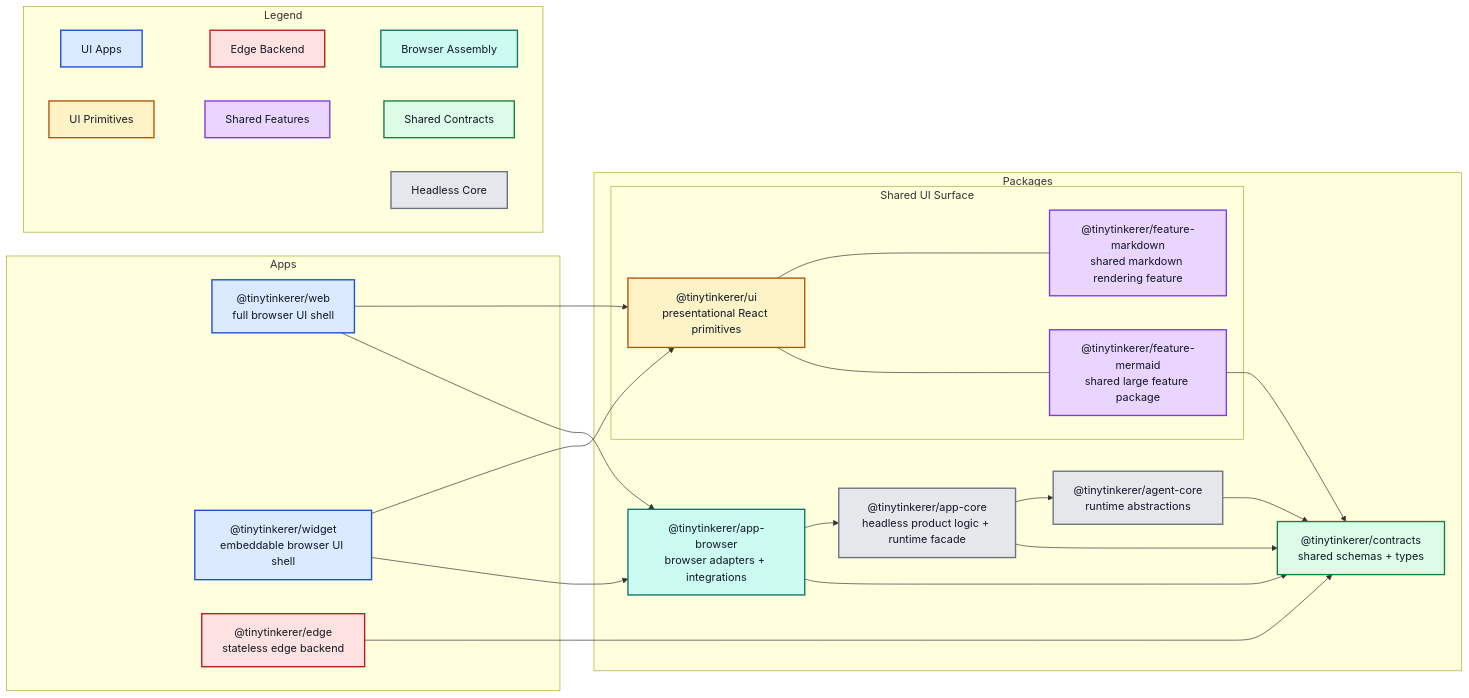
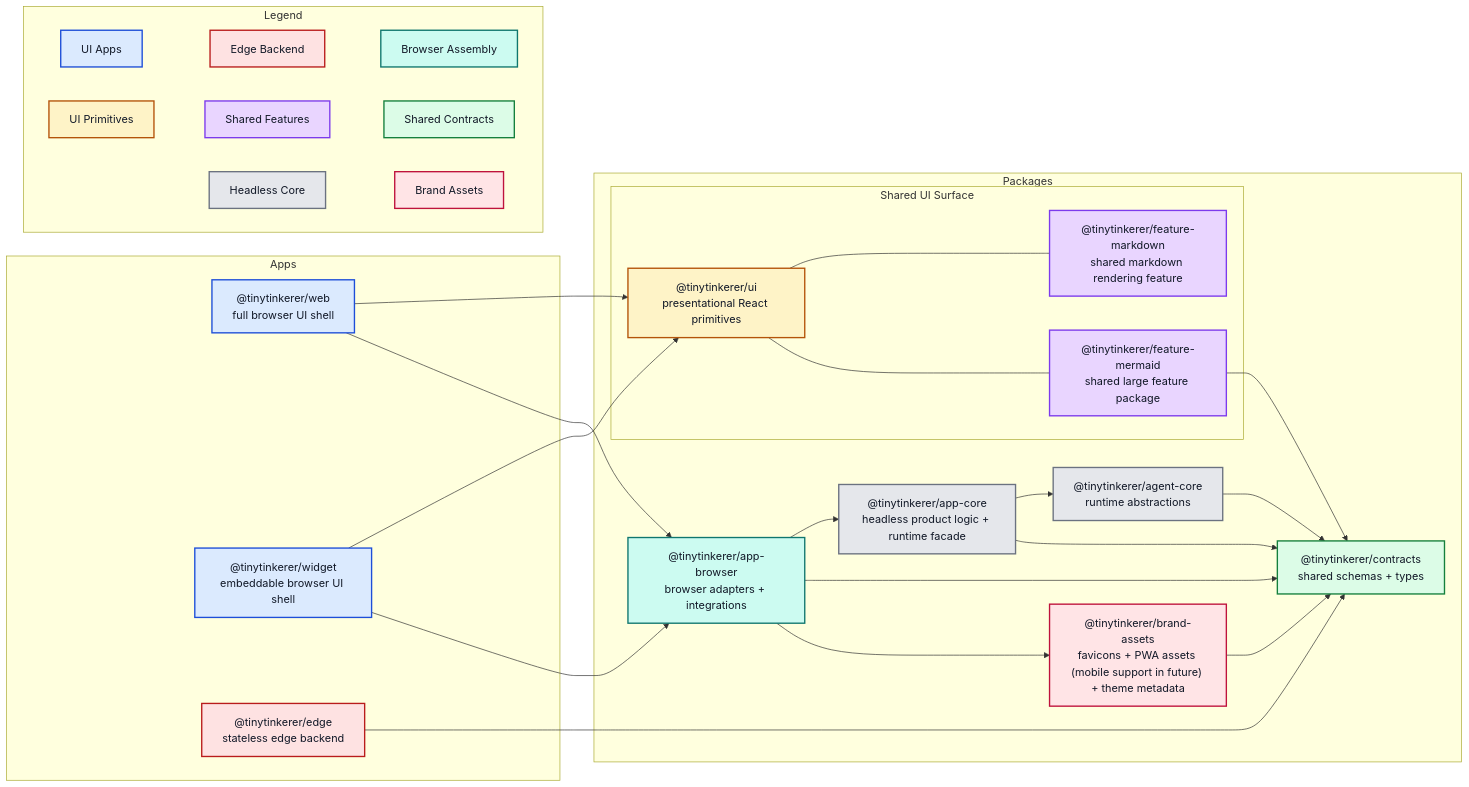
Before and after one commit to NNTin/tinytinkerer: the diagram in docs/ARCHITECTURE.md, drawn with Mermaid. The commit also changed other lines of this file and 16 other files, not shown here.

Commit message:
feat: added placeholder brand assets

````diff
--- a/docs/ARCHITECTURE.md
+++ b/docs/ARCHITECTURE.md
@@ -16,74 +16,82 @@
 ```mermaid
 flowchart LR
   subgraph Apps
     web["@tinytinkerer/web<br/>full browser UI shell"]
     widget["@tinytinkerer/widget<br/>embeddable browser UI shell"]
     edge["@tinytinkerer/edge<br/>stateless edge backend"]
   end
 
   subgraph Packages
     contracts["@tinytinkerer/contracts<br/>shared schemas + types"]
     agent["@tinytinkerer/agent-core<br/>runtime abstractions"]
     appcore["@tinytinkerer/app-core<br/>headless product logic + runtime facade"]
     appbrowser["@tinytinkerer/app-browser<br/>browser adapters + integrations"]
+
+    brand["@tinytinkerer/brand-assets<br/>favicons + PWA assets (mobile support in future) + theme metadata"]
 
     subgraph SharedUiSurface["Shared UI Surface"]
       ui["@tinytinkerer/ui<br/>presentational React primitives"]
       markdown["@tinytinkerer/feature-markdown<br/>shared markdown rendering feature"]
       mermaid["@tinytinkerer/feature-mermaid<br/>shared large feature package"]
     end
   end
 
   web --> ui
   web --> appbrowser
 
   widget --> ui
   widget --> appbrowser
 
   edge --> contracts
 
   appcore --> agent
   appcore --> contracts
 
   appbrowser --> appcore
   appbrowser --> contracts
+  appbrowser --> brand
 
   ui <--- markdown
   ui <--- mermaid
 
   mermaid --> contracts
 
   agent --> contracts
+  
+  brand --> contracts
 
   subgraph Legend
     direction LR
     legendUiApp["UI Apps"]
     legendEdge["Edge Backend"]
     legendBrowser["Browser Assembly"]
     legendUi["UI Primitives"]
     legendFeature["Shared Features"]
     legendContracts["Shared Contracts"]
     legendCore["Headless Core"]
+    legendBrand["Brand Assets"]
 
     %% ensure legend is rendered properly
     legendUiApp ~~~ legendEdge ~~~ legendBrowser 
     legendUi ~~~ legendFeature ~~~ legendContracts 
-    legendCore
+    legendCore ~~~ legendBrand
   end
 
   classDef uiApp fill:#dbeafe,stroke:#1d4ed8,color:#111827,stroke-width:2px;
   classDef edgeApp fill:#fee2e2,stroke:#b91c1c,color:#111827,stroke-width:2px;
   classDef browserAssembly fill:#ccfbf1,stroke:#0f766e,color:#111827,stroke-width:2px;
   classDef uiPrimitives fill:#fef3c7,stroke:#b45309,color:#111827,stroke-width:2px;
   classDef sharedFeature fill:#e9d5ff,stroke:#7c3aed,color:#111827,stroke-width:2px;
   classDef contractsLayer fill:#dcfce7,stroke:#15803d,color:#111827,stroke-width:2px;
   classDef coreLayer fill:#e5e7eb,stroke:#6b7280,color:#111827,stroke-width:2px;
+  classDef brandLayer fill:#ffe4e6,stroke:#be123c,color:#111827,stroke-width:2px;
 
   class web,widget,legendUiApp uiApp;
   class edge,legendEdge edgeApp;
   class appbrowser,legendBrowser browserAssembly;
   class ui,legendUi uiPrimitives;
   class markdown,mermaid,legendFeature sharedFeature;
   class contracts,legendContracts contractsLayer;
   class agent,appcore,legendCore coreLayer;
+  class brand,legendBrand brandLayer;
 ```
````
